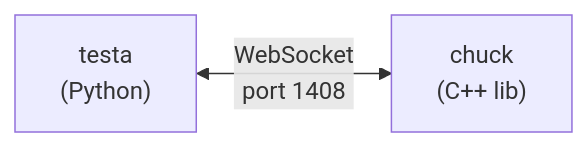
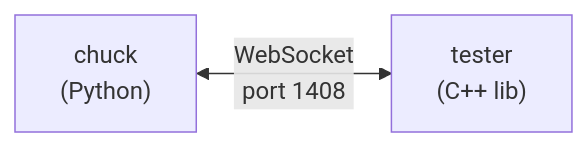
Before and after one commit to kelteseth/chuck_tester: the diagram in README.md, drawn with Mermaid. The commit also changed other lines of this file and 91 other files, not shown here.

First line of the commit message:
Rename: chuck(C++)→tester, testa(Python)→chuck, project→chuck_tester

````diff
--- a/README.md
+++ b/README.md
@@ -5,4 +5,4 @@
 ```mermaid
 graph LR
-    A["testa<br/>(Python)"] <-->|"WebSocket<br/>port 1408"| B["chuck<br/>(C++ lib)"]
+    A["chuck<br/>(Python)"] <-->|"WebSocket<br/>port 1408"| B["tester<br/>(C++ lib)"]
 ```
````
